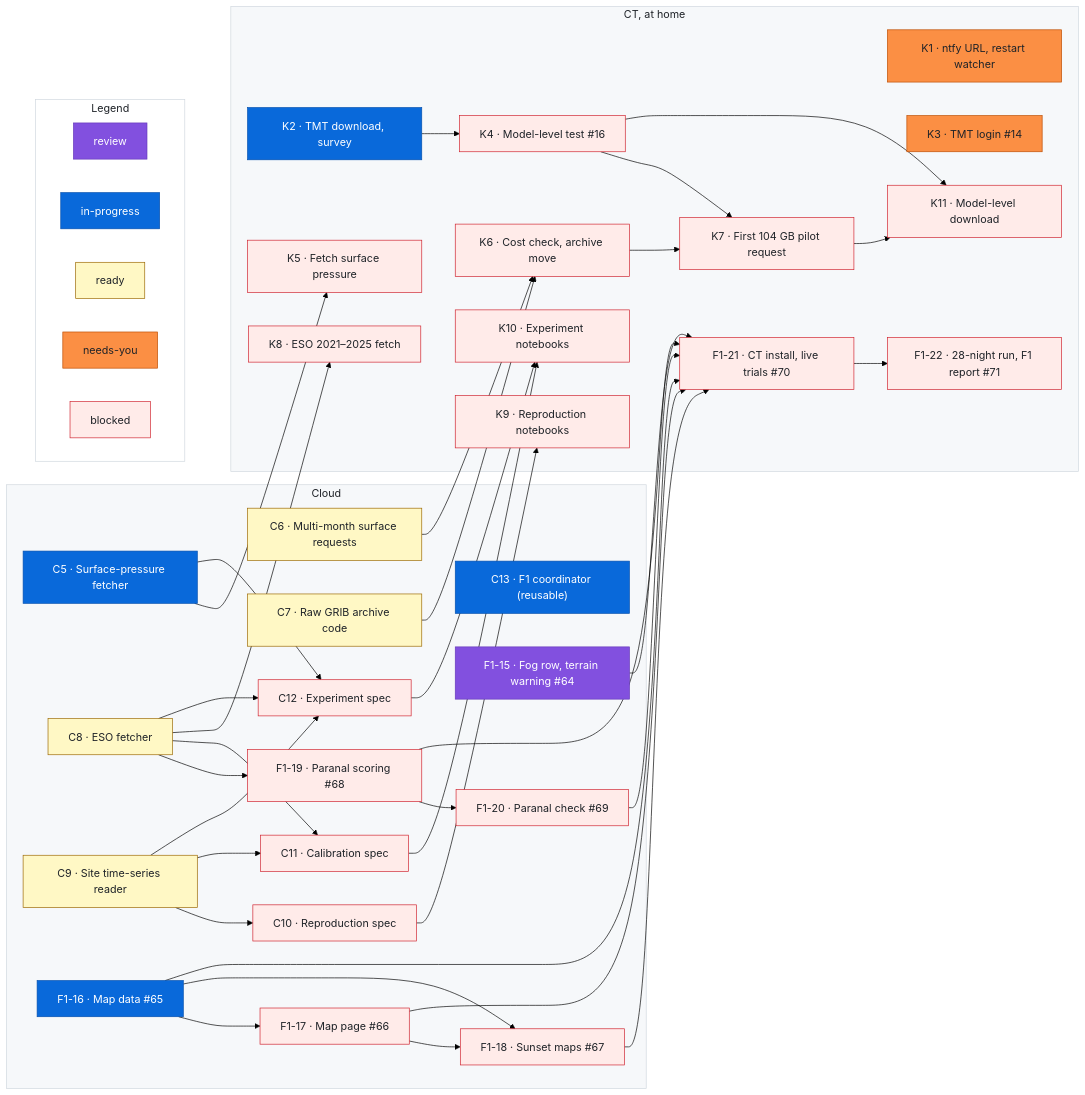
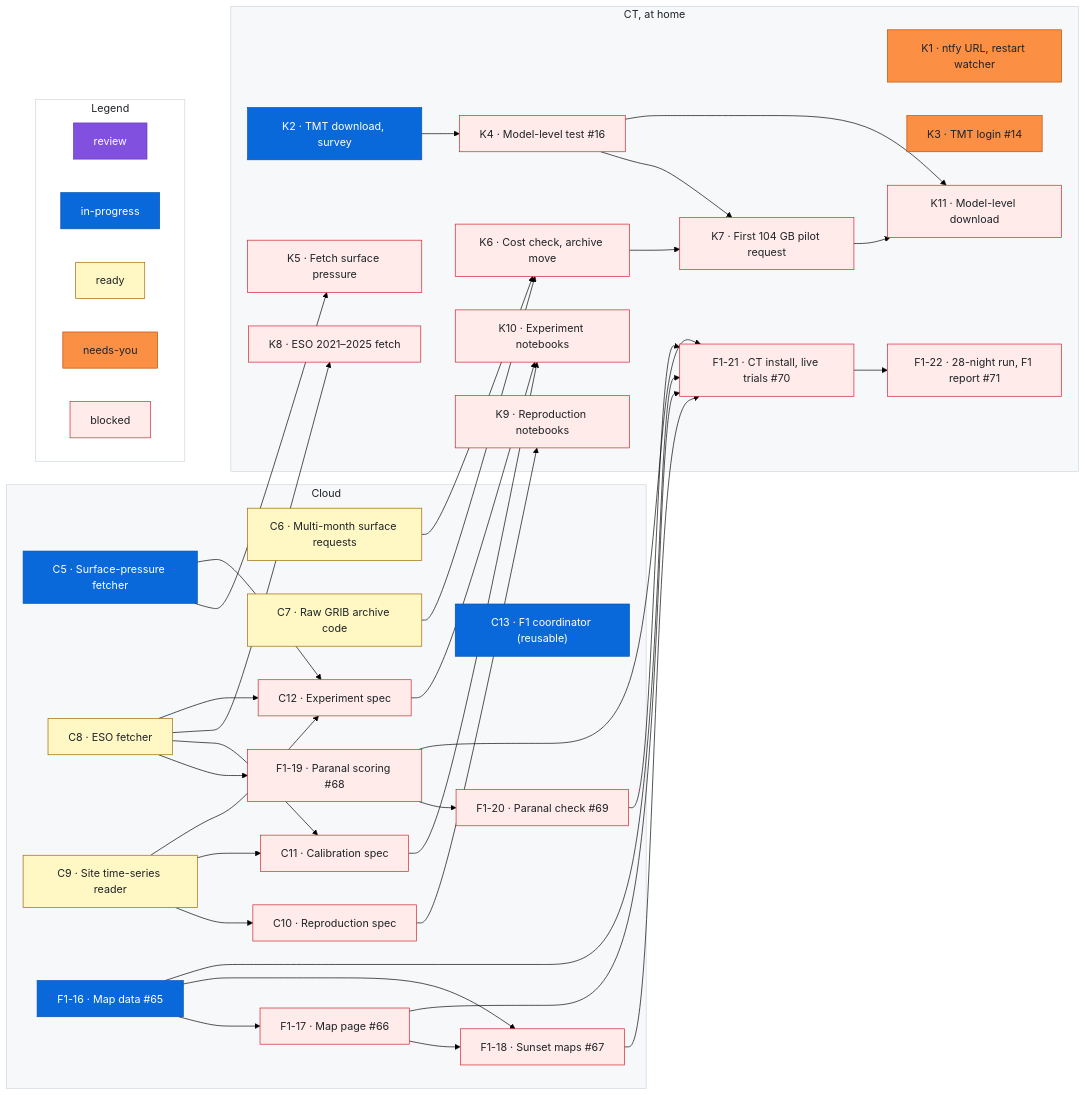
The diagram in docs/roadmap.md (rrweller/Astro-seeing), drawn with Mermaid (forest theme) before and after one commit. The commit also changed other lines of this file, not shown here.

First line of the commit message:
roadmap: remove F1-15 (#92 merged)

```diff
--- a/docs/roadmap.md
+++ b/docs/roadmap.md
@@ -90,7 +88,6 @@
     C11["C11 · Calibration spec"]
     C12["C12 · Experiment spec"]
     C13["C13 · F1 coordinator (reusable)"]
-    F1_15["F1-15 · Fog row, terrain warning #64"]
     F1_16["F1-16 · Map data #65"]
     F1_17["F1-17 · Map page #66"]
     F1_18["F1-18 · Sunset maps #67"]
@@ -117,7 +114,6 @@
   F1_17 --> F1_18
   C8 --> F1_19
   F1_19 --> F1_20
-  F1_15 --> F1_21
   F1_16 --> F1_21
   F1_17 --> F1_21
   F1_18 --> F1_21
@@ -175,8 +171,6 @@
   %% ---
   class C13 inprogress
   %% ---
-  class F1_15 review
-  %% ---
   class F1_16 inprogress
   %% ---
   class F1_17 blocked
```
